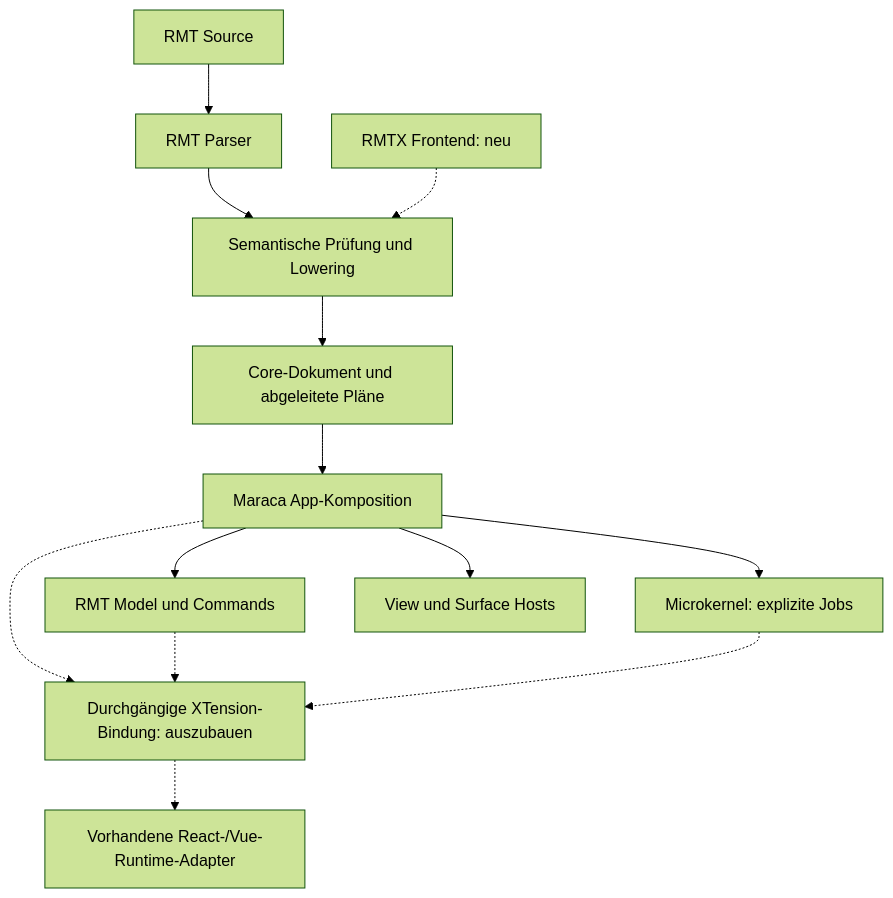
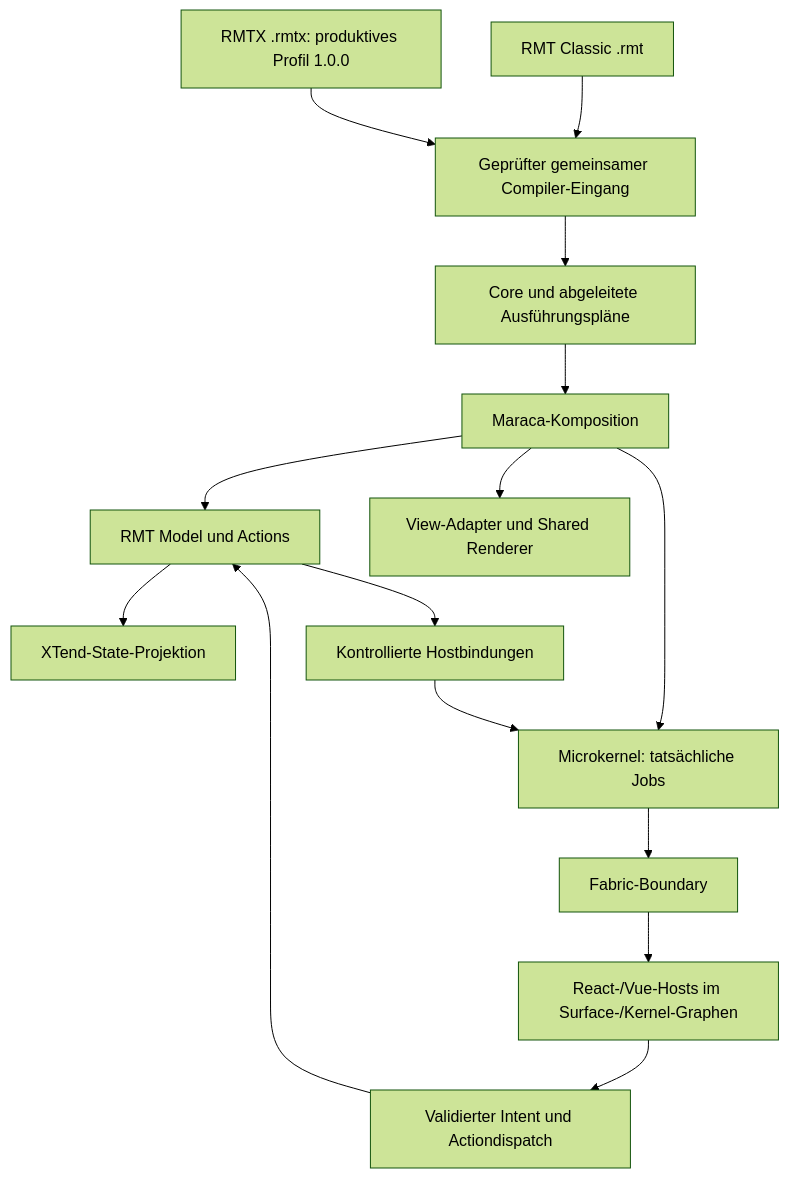
Before and after one commit to konnilabs/xtend: the diagram in development/XTend-0.9-RMTX-und-XTensions-2.0-Bestandsaufnahme.md, drawn with Mermaid (forest theme). The commit also changed other lines of this file and 73 other files, not shown here.

First line of the commit message:
feat(rmtx): introduce RMTX compiler and parser with integration tests

````diff
--- a/development/XTend-0.9-RMTX-und-XTensions-2.0-Bestandsaufnahme.md
+++ b/development/XTend-0.9-RMTX-und-XTensions-2.0-Bestandsaufnahme.md
@@ -48,15 +51,17 @@
 ```mermaid
 flowchart TD
-  RMT["RMT Source"] --> Parse["RMT Parser"]
-  Parse --> Sem["Semantische Prüfung und Lowering"]
-  Sem --> Core["Core-Dokument und abgeleitete Pläne"]
-  Core --> Maraca["Maraca App-Komposition"]
-  Maraca --> Kernel["Microkernel: explizite Jobs"]
-  Maraca --> Model["RMT Model und Commands"]
-  Maraca --> View["View und Surface Hosts"]
-  RMTX["RMTX Frontend: neu"] -.-> Sem
-  Maraca -.-> Bridge["Durchgängige XTension-Bindung: auszubauen"]
-  Model -.-> Bridge
-  Kernel -.-> Bridge
-  Bridge -.-> Hosts["Vorhandene React-/Vue-Runtime-Adapter"]
+  Classic["RMT Classic .rmt"] --> AST["Geprüfter gemeinsamer Compiler-Eingang"]
+  RMTX["RMTX .rmtx: produktives Profil 1.0.0"] --> AST
+  AST --> Plans["Core und abgeleitete Ausführungspläne"]
+  Plans --> Maraca["Maraca-Komposition"]
+  Maraca --> Model["RMT Model und Actions"]
+  Model --> State["XTend-State-Projektion"]
+  Model --> Binding["Kontrollierte Hostbindungen"]
+  Maraca --> Kernel["Microkernel: tatsächliche Jobs"]
+  Binding --> Kernel
+  Kernel --> Fabric["Fabric-Boundary"]
+  Fabric --> Hosts["React-/Vue-Hosts im Surface-/Kernel-Graphen"]
+  Hosts --> Intent["Validierter Intent und Actiondispatch"]
+  Intent --> Model
+  Maraca --> View["View-Adapter und Shared Renderer"]
 ```
````
